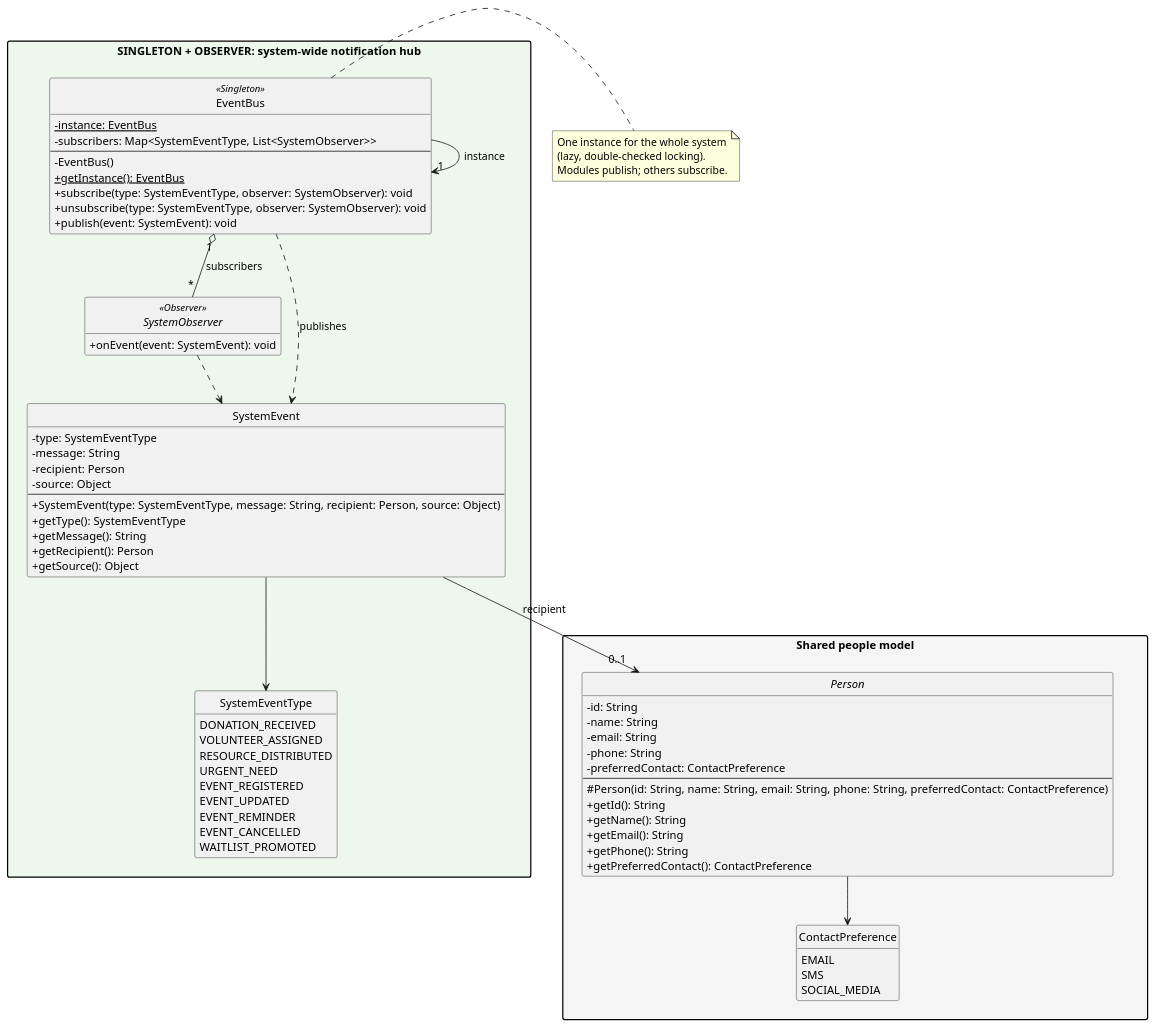
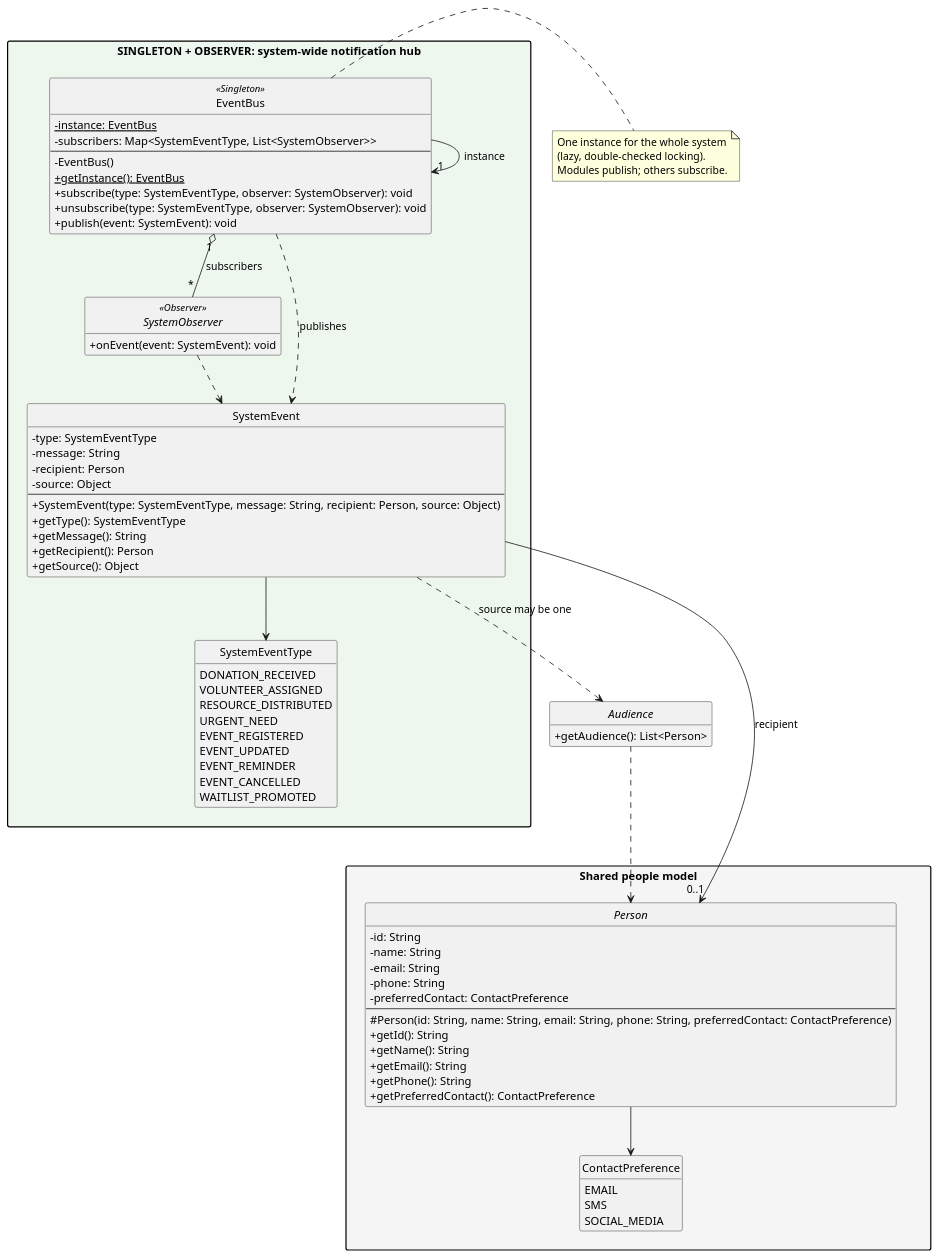
One commit to Michael-Maged/Design-Patterns changed the diagram in output/core.puml. Above: the diagram before and after it, drawn with PlantUML. The commit also changed 3 other files, not shown here.

```diff
--- a/output/core.puml
+++ b/output/core.puml
@@ -6,90 +6,97 @@
 @startuml core
 ' Shared core (Student 6): class diagram organised by design pattern.
 ' Based on the UML generator's output, regrouped by hand; regenerating will overwrite it.
 skinparam classAttributeIconSize 0
 skinparam packageStyle rectangle
 hide circle
 hide empty members
 top to bottom direction
 
 package "SINGLETON + OBSERVER: system-wide notification hub" as hub #EEF7EE {
   class EventBus <<Singleton>> {
     -{static} instance: EventBus
     -subscribers: Map<SystemEventType, List<SystemObserver>>
     --
     -EventBus()
     +{static} getInstance(): EventBus
     +subscribe(type: SystemEventType, observer: SystemObserver): void
     +unsubscribe(type: SystemEventType, observer: SystemObserver): void
     +publish(event: SystemEvent): void
   }
 
   interface SystemObserver <<Observer>> {
     +onEvent(event: SystemEvent): void
   }
 
   class SystemEvent {
     -type: SystemEventType
     -message: String
     -recipient: Person
     -source: Object
     --
     +SystemEvent(type: SystemEventType, message: String, recipient: Person, source: Object)
     +getType(): SystemEventType
     +getMessage(): String
     +getRecipient(): Person
     +getSource(): Object
   }
 
   enum SystemEventType {
     DONATION_RECEIVED
     VOLUNTEER_ASSIGNED
     RESOURCE_DISTRIBUTED
     URGENT_NEED
     EVENT_REGISTERED
     EVENT_UPDATED
     EVENT_REMINDER
     EVENT_CANCELLED
     WAITLIST_PROMOTED
   }
 }
 
 package "Shared people model" as people #F5F5F5 {
   abstract class Person {
     -id: String
     -name: String
     -email: String
     -phone: String
     -preferredContact: ContactPreference
     --
     #Person(id: String, name: String, email: String, phone: String, preferredContact: ContactPreference)
     +getId(): String
     +getName(): String
     +getEmail(): String
     +getPhone(): String
     +getPreferredContact(): ContactPreference
   }
 
   enum ContactPreference {
     EMAIL
     SMS
     SOCIAL_MEDIA
   }
 }
 
+interface Audience {
+  +getAudience(): List<Person>
+}
+
 hub -[hidden]down- people
+
+Audience ..> Person
+SystemEvent ..> Audience : source may be one
 
 EventBus --> "1" EventBus : instance
 EventBus "1" o-- "*" SystemObserver : subscribers
 EventBus ..> SystemEvent : publishes
 SystemObserver ..> SystemEvent
 SystemEvent --> SystemEventType
 SystemEvent --> "0..1" Person : recipient
 Person --> ContactPreference
 
 note right of EventBus
   One instance for the whole system
   (lazy, double-checked locking).
   Modules publish; others subscribe.
 end note
 @enduml
```
